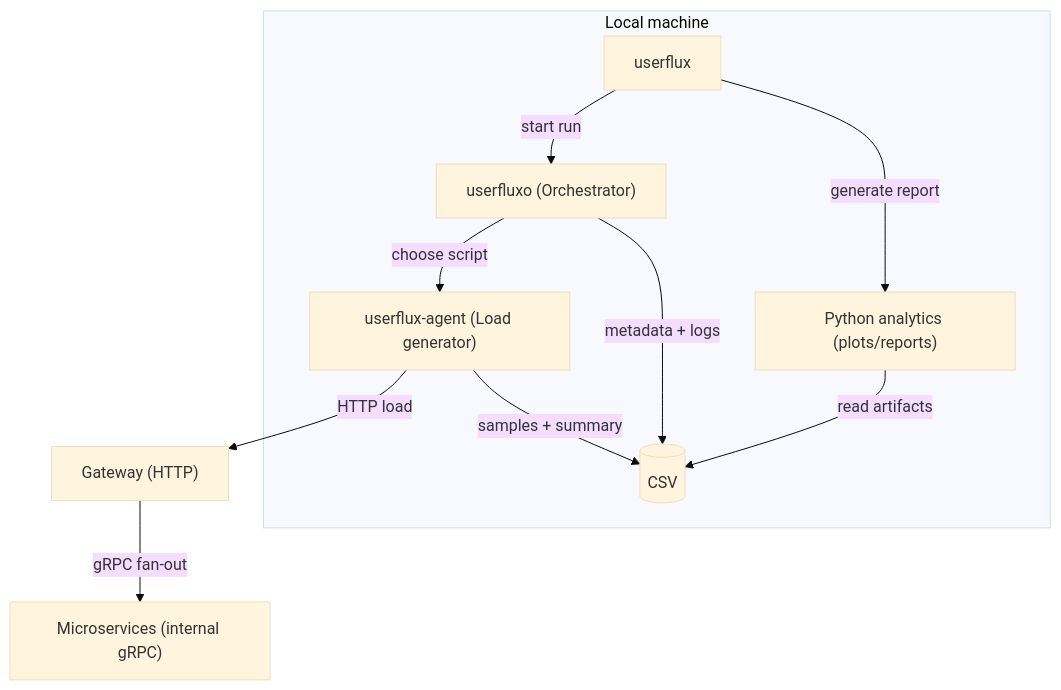
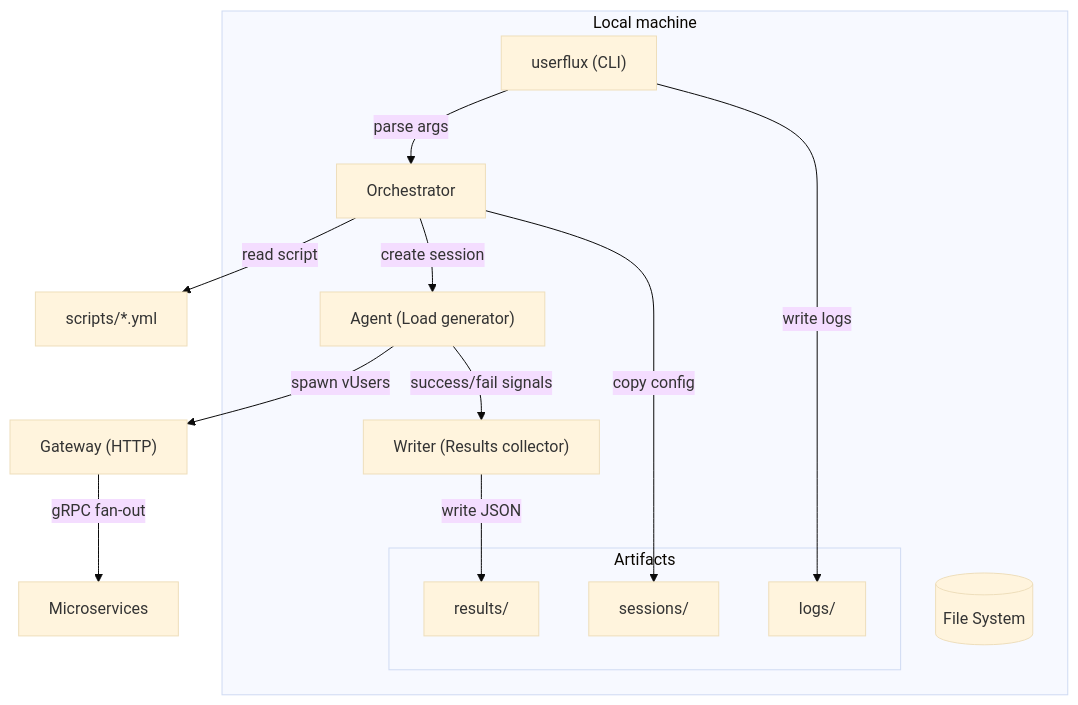
One commit to andro-kes/userflux changed the first of 3 diagrams in docs/architecture.md. Above: the diagram before and after it, drawn with Mermaid (base theme). The commit also changed other lines of this file and 1 other file, not shown here.

````diff
--- a/docs/architecture.md
+++ b/docs/architecture.md
@@ -11,19 +11,25 @@
 ```mermaid
 flowchart TB
-  subgraph DEV["Local machine"]
-    H["userflux"]
-    O["userfluxo (Orchestrator)"]
-    A["userflux-agent (Load generator)"]
-    FS[("CSV")]
-    PY["Python analytics (plots/reports)"]
-  end
+  subgraph DEV["Local machine"]
+    H["userflux (CLI)"]
+    O["Orchestrator"]
+    A["Agent (Load generator)"]
+    W["Writer (Results collector)"]
+    FS[("File System")]
+    subgraph ARTIFACTS["Artifacts"]
+      SESS["sessions/"]
+      RES["results/"]
+      LOGS["logs/"]
+    end
+  end
 
-  H -->|"start run"| O
-  O -->|"choose script"| A
-  A -->|"HTTP load"| GW["Gateway (HTTP)"]
-  GW -->|"gRPC fan-out"| MS["Microservices (internal gRPC)"]
-  A -->|"samples + summary"| FS
-  O -->|"metadata + logs"| FS
-  PY -->|"read artifacts"| FS
-  H -->|"generate report"| PY
+  H -->|"parse args"| O
+  O -->|"read script"| SCRIPTS["scripts/*.yml"]
+  O -->|"create session"| A
+  A -->|"spawn vUsers"| GW["Gateway (HTTP)"]
+  GW -->|"gRPC fan-out"| MS["Microservices"]
+  A -->|"success/fail signals"| W
+  W -->|"write JSON"| RES
+  O -->|"copy config"| SESS
+  H -->|"write logs"| LOGS
 ```
````
